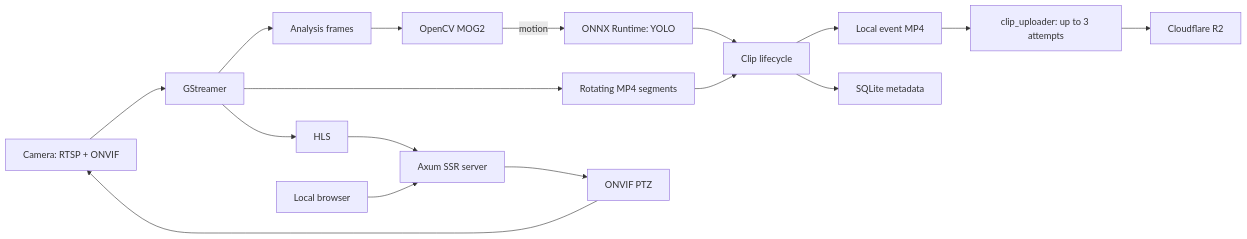
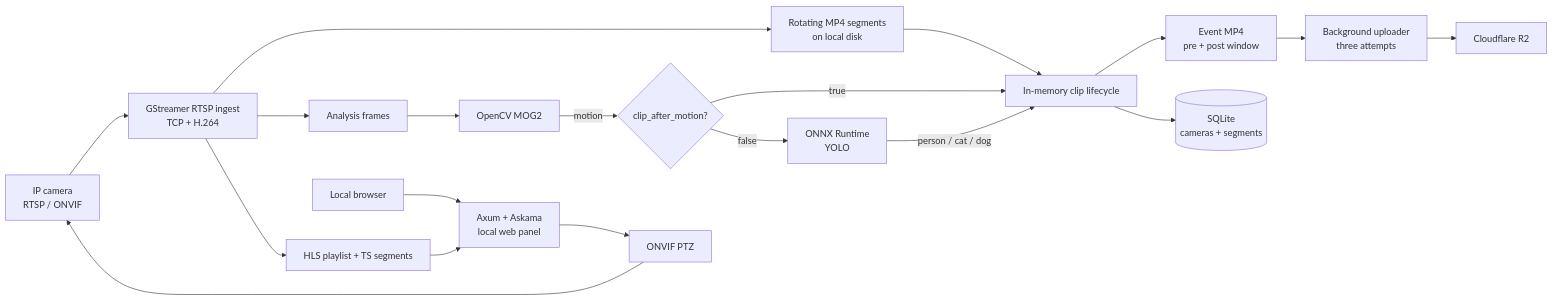
One commit to Mazako/cam_proj changed the diagram in README.md. Above: the diagram before and after it, drawn with Mermaid. The commit also changed other lines of this file and 1 other file, not shown here.

````diff
--- a/README.md
+++ b/README.md
@@ -7,19 +21,21 @@
 ```mermaid
 flowchart LR
-    Camera["Camera: RTSP + ONVIF"] --> GStreamer["GStreamer"]
-    GStreamer --> Segments["Rotating MP4 segments"]
-    GStreamer --> Frames["Analysis frames"]
+    Camera["IP camera<br/>RTSP / ONVIF"] --> Ingest["GStreamer RTSP ingest<br/>TCP + H.264"]
+    Ingest --> Segments["Rotating MP4 segments<br/>on local disk"]
+    Ingest --> Frames["Analysis frames"]
     Frames --> Motion["OpenCV MOG2"]
-    Motion -->|"motion"| Yolo["ONNX Runtime: YOLO"]
-    Yolo --> Clips["Clip lifecycle"]
-    Segments --> Clips
-    Clips --> LocalMp4["Local event MP4"]
-    Clips --> Sqlite["SQLite metadata"]
-    LocalMp4 --> Uploader["clip_uploader: up to 3 attempts"]
-    Uploader --> R2["Cloudflare R2"]
-    GStreamer --> Hls["HLS"]
-    Hls --> Server["Axum SSR server"]
-    Browser["Local browser"] --> Server
-    Server --> Ptz["ONVIF PTZ"]
-    Ptz --> Camera
+    Motion -->|"motion"| Decision{"clip_after_motion?"}
+    Decision -->|"true"| Clip["In-memory clip lifecycle"]
+    Decision -->|"false"| YOLO["ONNX Runtime<br/>YOLO"]
+    YOLO -->|"person / cat / dog"| Clip
+    Segments --> Clip
+    Clip --> EventMP4["Event MP4<br/>pre + post window"]
+    Clip --> SQLite[("SQLite<br/>cameras + segments")]
+    EventMP4 --> Upload["Background uploader<br/>three attempts"]
+    Upload --> R2["Cloudflare R2"]
+    Ingest --> HLS["HLS playlist + TS segments"]
+    HLS --> Panel["Axum + Askama<br/>local web panel"]
+    Browser["Local browser"] --> Panel
+    Panel --> PTZ["ONVIF PTZ"]
+    PTZ --> Camera
 ```
````
